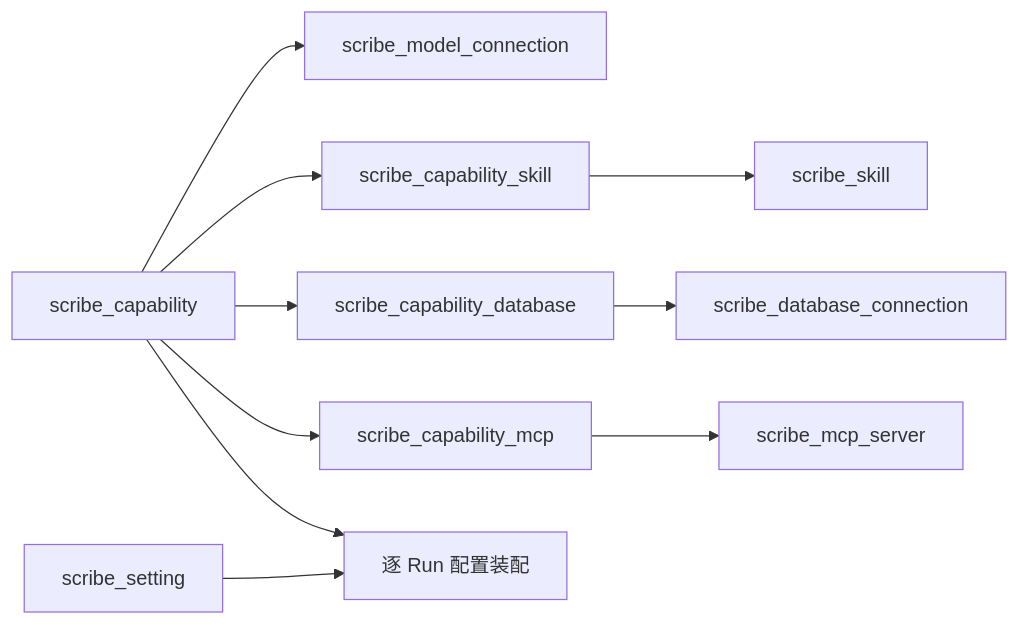
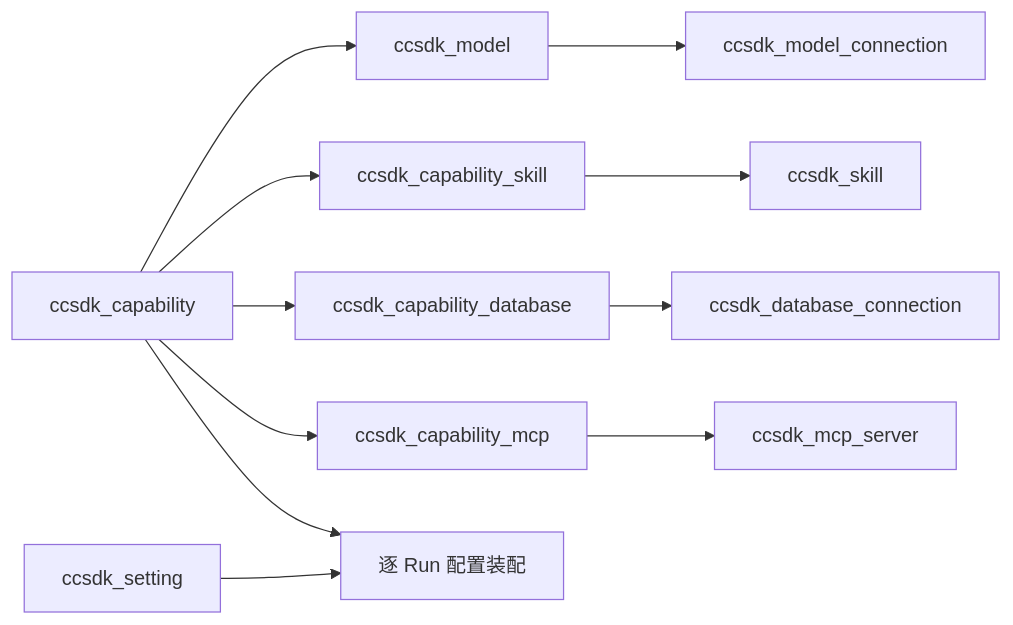
Before and after one commit to TIANBINGzzz/Thor: the diagram in doc/specs/runtime-config-center.md, drawn with Mermaid. The commit also changed other lines of this file and 18 other files, not shown here.

````diff
--- a/doc/specs/runtime-config-center.md
+++ b/doc/specs/runtime-config-center.md
@@ -7,9 +7,9 @@
 ```mermaid
 flowchart LR
-  capability[scribe_capability] --> model[scribe_model_connection]
-  capability --> cs[scribe_capability_skill] --> skill[scribe_skill]
-  capability --> cd[scribe_capability_database] --> db[scribe_database_connection]
-  capability --> cm[scribe_capability_mcp] --> mcp[scribe_mcp_server]
-  setting[scribe_setting] --> run[逐 Run 配置装配]
+  capability[ccsdk_capability] --> model[ccsdk_model] --> connection[ccsdk_model_connection]
+  capability --> cs[ccsdk_capability_skill] --> skill[ccsdk_skill]
+  capability --> cd[ccsdk_capability_database] --> db[ccsdk_database_connection]
+  capability --> cm[ccsdk_capability_mcp] --> mcp[ccsdk_mcp_server]
+  setting[ccsdk_setting] --> run[逐 Run 配置装配]
   capability --> run
 ```
````
